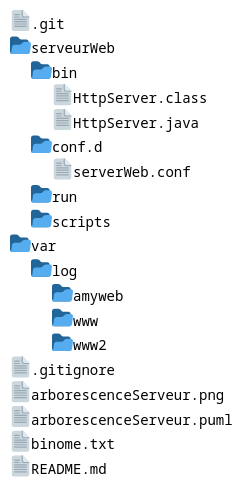
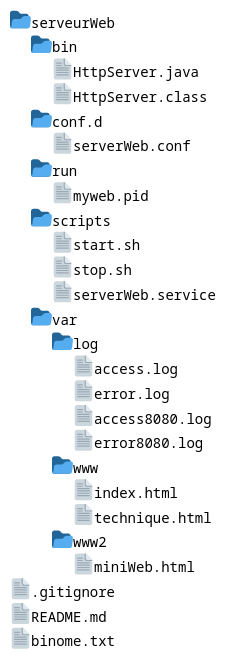
One commit to Le-Madec-Jean/ServerWeb_GALLOIS_LE_MADEC changed the diagram in arborescenceServeur.puml. Above: the diagram before and after it, drawn with PlantUML. The commit also changed 5 other files, not shown here.

```diff
--- a/arborescenceServeur.puml
+++ b/arborescenceServeur.puml
@@ -1,16 +1,19 @@
 @startfiles arborescenceServeur
-/.git
+/serveurWeb/bin/HttpServer.java
 /serveurWeb/bin/HttpServer.class
-/serveurWeb/bin/HttpServer.java
 /serveurWeb/conf.d/serverWeb.conf
-/serveurWeb/run/
-/serveurWeb/scripts/
-/var/log/amyweb/
-/var/log/www/
-/var/log/www2/
+/serveurWeb/run/myweb.pid
+/serveurWeb/scripts/start.sh
+/serveurWeb/scripts/stop.sh
+/serveurWeb/scripts/serverWeb.service
+/serveurWeb/var/log/access.log
+/serveurWeb/var/log/error.log
+/serveurWeb/var/log/access8080.log
+/serveurWeb/var/log/error8080.log
+/serveurWeb/var/www/index.html
+/serveurWeb/var/www/technique.html
+/serveurWeb/var/www2/miniWeb.html
 /.gitignore
-/arborescenceServeur.png
-/arborescenceServeur.puml
+/README.md
 /binome.txt
-/README.md
 @endfiles
```
